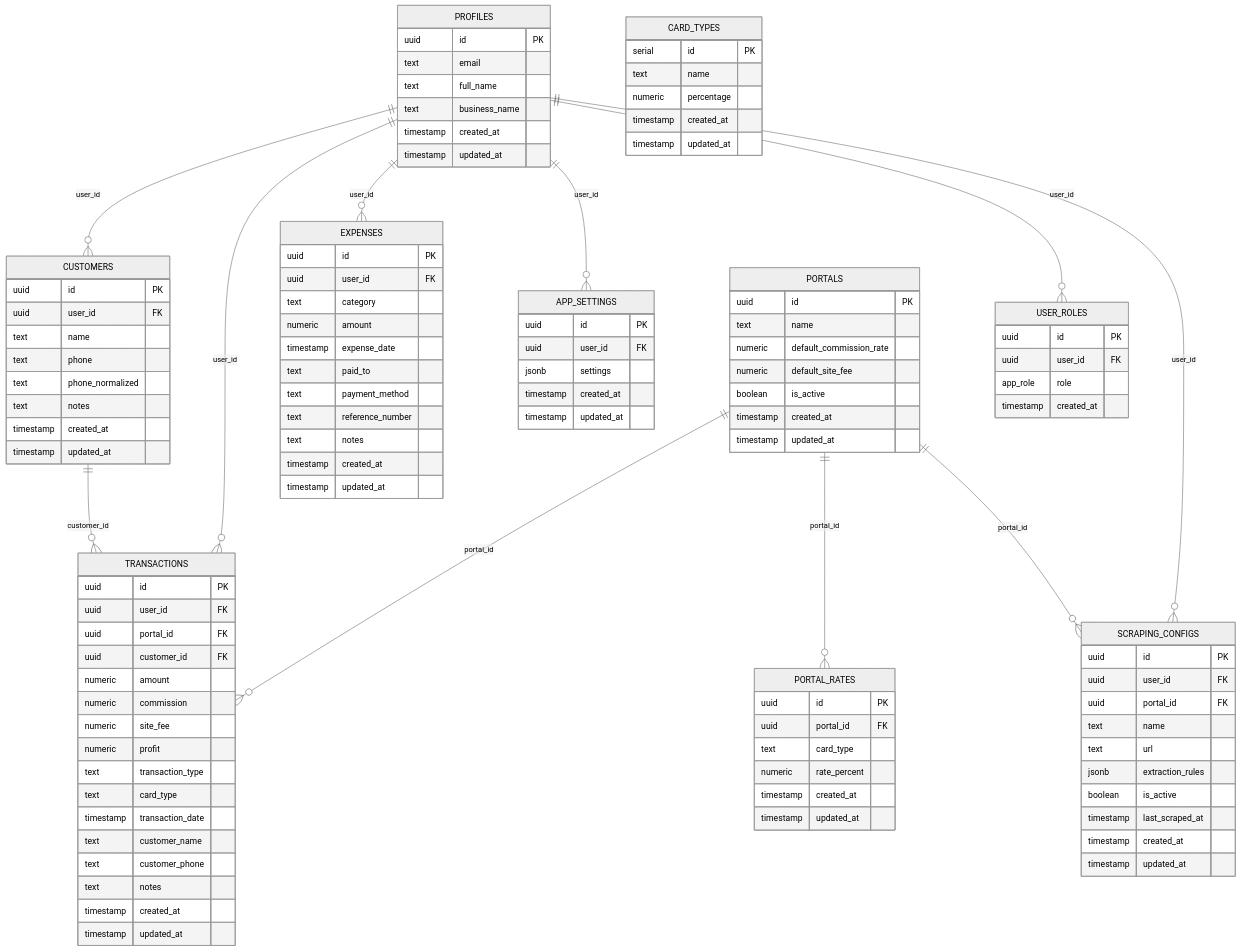
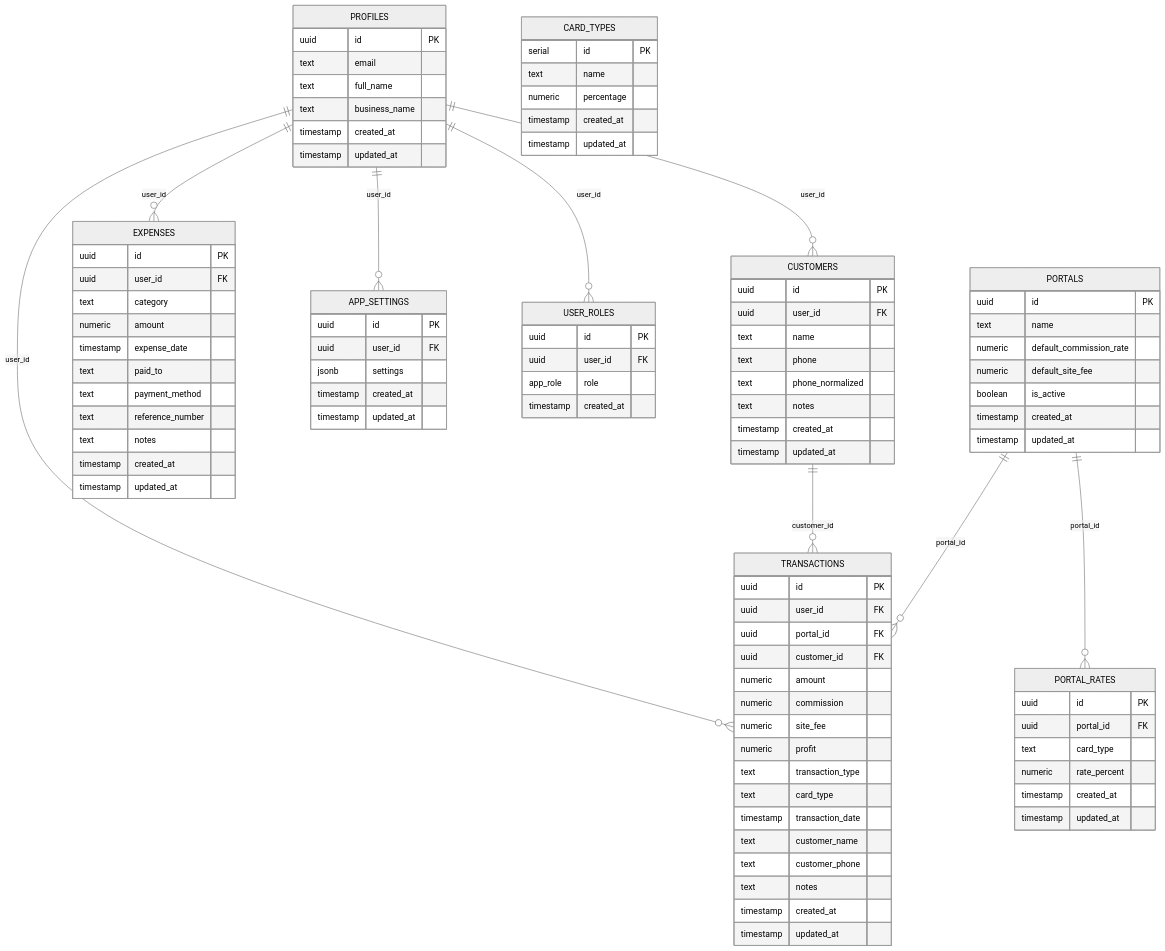
One commit to srimanthadep/Payment-Track changed the diagram in docs/DATABASE_SCHEMA.md. Above: the diagram before and after it, drawn with Mermaid (neutral theme). The commit also changed other lines of this file and 46 other files, not shown here.

````diff
--- a/docs/DATABASE_SCHEMA.md
+++ b/docs/DATABASE_SCHEMA.md
@@ -13,12 +13,10 @@
     PROFILES ||--o{ EXPENSES : "user_id"
     PROFILES ||--o{ APP_SETTINGS : "user_id"
     PROFILES ||--o{ USER_ROLES : "user_id"
-    PROFILES ||--o{ SCRAPING_CONFIGS : "user_id"
     
     CUSTOMERS ||--o{ TRANSACTIONS : "customer_id"
     PORTALS ||--o{ TRANSACTIONS : "portal_id"
     PORTALS ||--o{ PORTAL_RATES : "portal_id"
-    PORTALS ||--o{ SCRAPING_CONFIGS : "portal_id"
 
     PROFILES {
         uuid id PK
@@ -114,17 +112,4 @@
         timestamp created_at
         timestamp updated_at
     }
-
-    SCRAPING_CONFIGS {
-        uuid id PK
-        uuid user_id FK
-        uuid portal_id FK
-        text name
-        text url
-        jsonb extraction_rules
-        boolean is_active
-        timestamp last_scraped_at
-        timestamp created_at
-        timestamp updated_at
-    }
 ```
````
